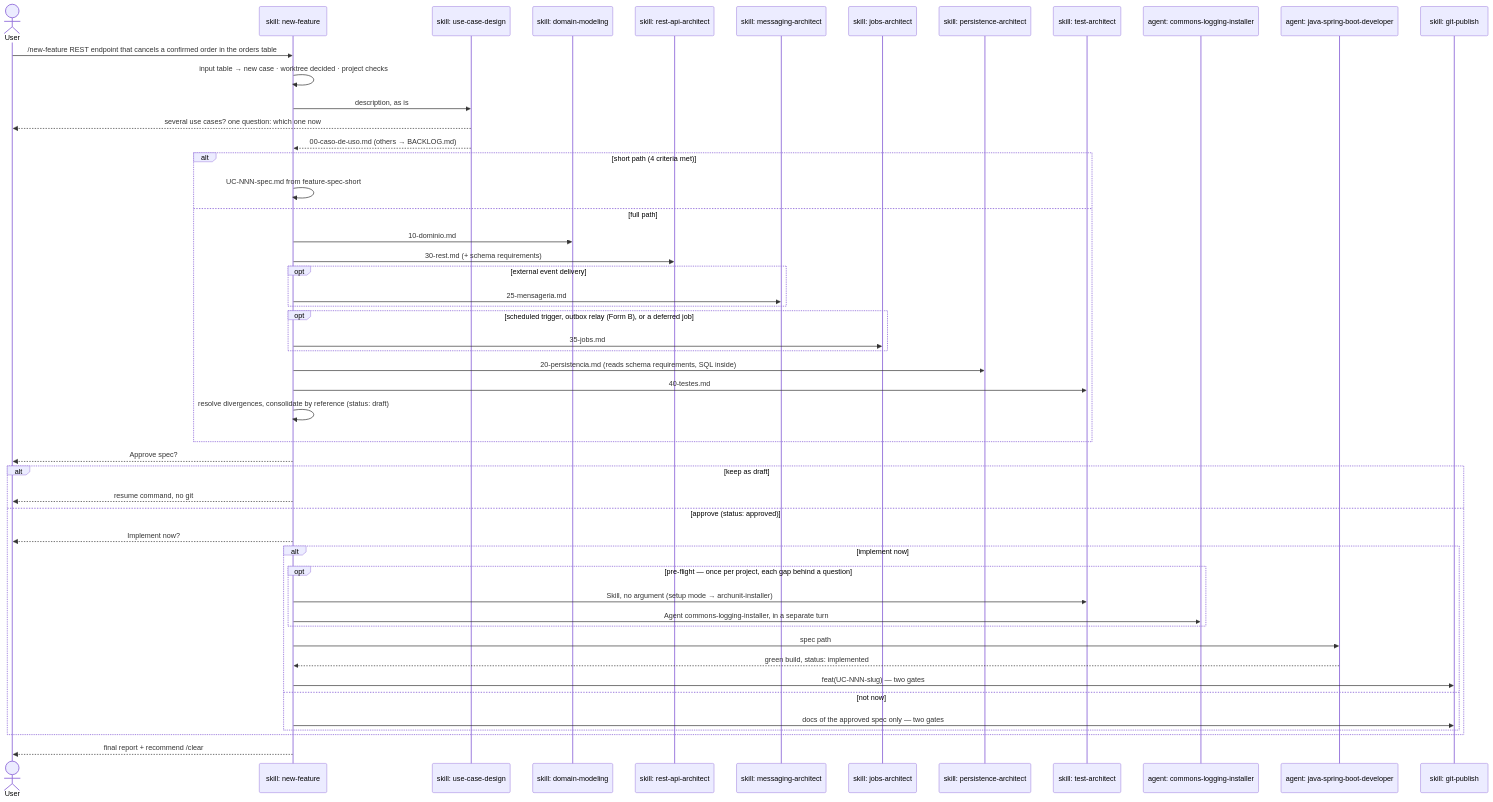
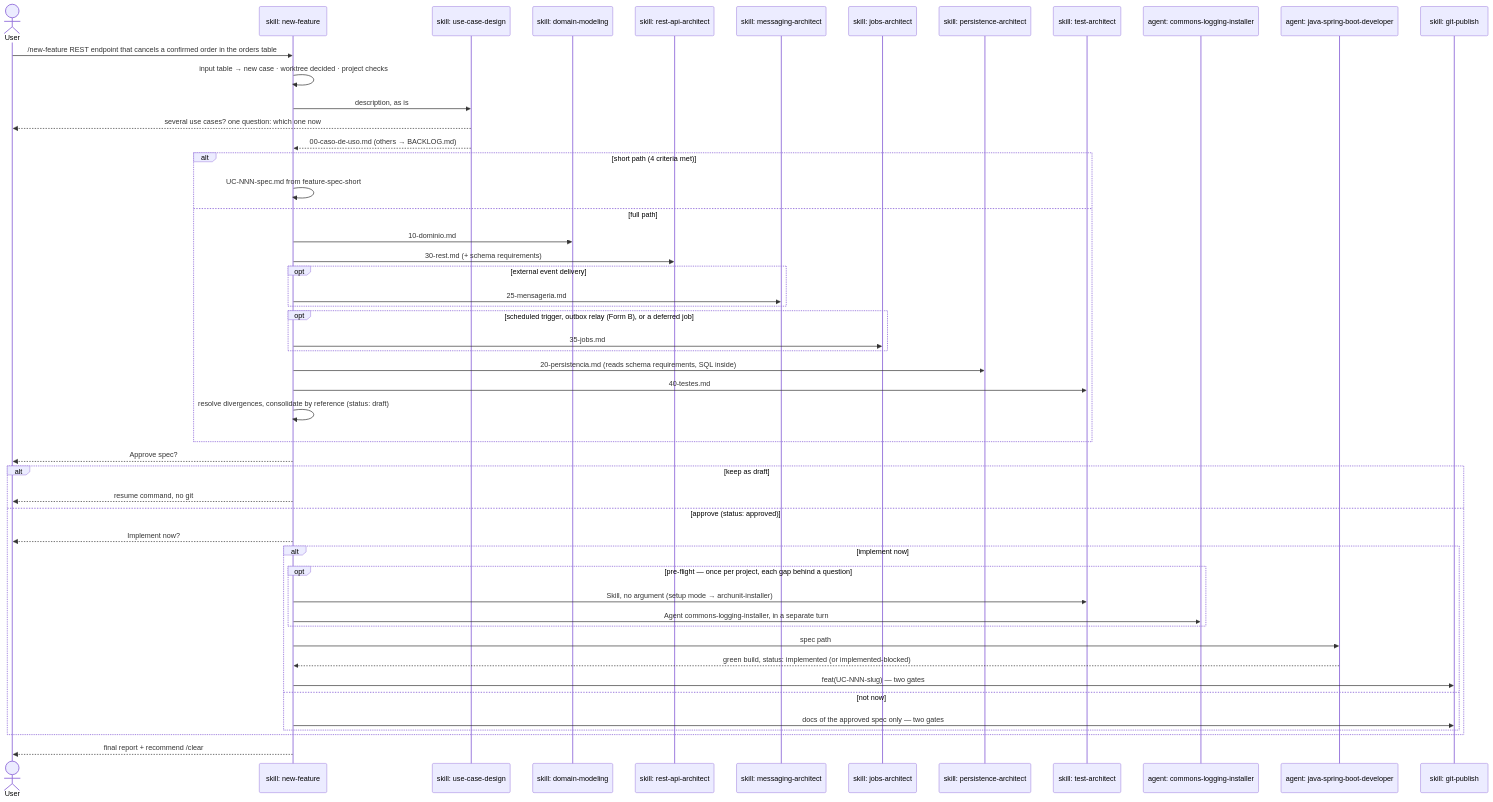
The diagram in docs/en/03-new-feature.md (ice-lfernandes/claude-spring-architect), drawn with Mermaid before and after one commit. The commit also changed other lines of this file and 29 other files, not shown here.

````diff
--- a/docs/en/03-new-feature.md
+++ b/docs/en/03-new-feature.md
@@ -73,54 +79,54 @@
 ```mermaid
 sequenceDiagram
     actor U as User
     participant NF as skill: new-feature
     participant UC as skill: use-case-design
     participant DOM as skill: domain-modeling
     participant REST as skill: rest-api-architect
     participant MSG as skill: messaging-architect
     participant JOBS as skill: jobs-architect
     participant PER as skill: persistence-architect
     participant TST as skill: test-architect
     participant LOG as agent: commons-logging-installer
     participant DEV as agent: java-spring-boot-developer
     participant GIT as skill: git-publish
 
     U->>NF: /new-feature REST endpoint that cancels a confirmed order in the orders table
     NF->>NF: input table → new case · worktree decided · project checks
     NF->>UC: description, as is
     UC-->>U: several use cases? one question: which one now
     UC-->>NF: 00-caso-de-uso.md (others → BACKLOG.md)
     alt short path (4 criteria met)
         NF->>NF: UC-NNN-spec.md from feature-spec-short
     else full path
         NF->>DOM: 10-dominio.md
         NF->>REST: 30-rest.md (+ schema requirements)
         opt external event delivery
             NF->>MSG: 25-mensageria.md
         end
         opt scheduled trigger, outbox relay (Form B), or a deferred job
             NF->>JOBS: 35-jobs.md
         end
         NF->>PER: 20-persistencia.md (reads schema requirements, SQL inside)
         NF->>TST: 40-testes.md
         NF->>NF: resolve divergences, consolidate by reference (status: draft)
     end
     NF-->>U: Approve spec?
     alt keep as draft
         NF-->>U: resume command, no git
     else approve (status: approved)
         NF-->>U: Implement now?
         alt implement now
             opt pre-flight — once per project, each gap behind a question
                 NF->>TST: Skill, no argument (setup mode → archunit-installer)
                 NF->>LOG: Agent commons-logging-installer, in a separate turn
             end
             NF->>DEV: spec path
-            DEV-->>NF: green build, status: implemented
+            DEV-->>NF: green build, status: implemented (or implemented-blocked)
             NF->>GIT: feat(UC-NNN-slug) — two gates
         else not now
             NF->>GIT: docs of the approved spec only — two gates
         end
     end
     NF-->>U: final report + recommend /clear
 ```
````
